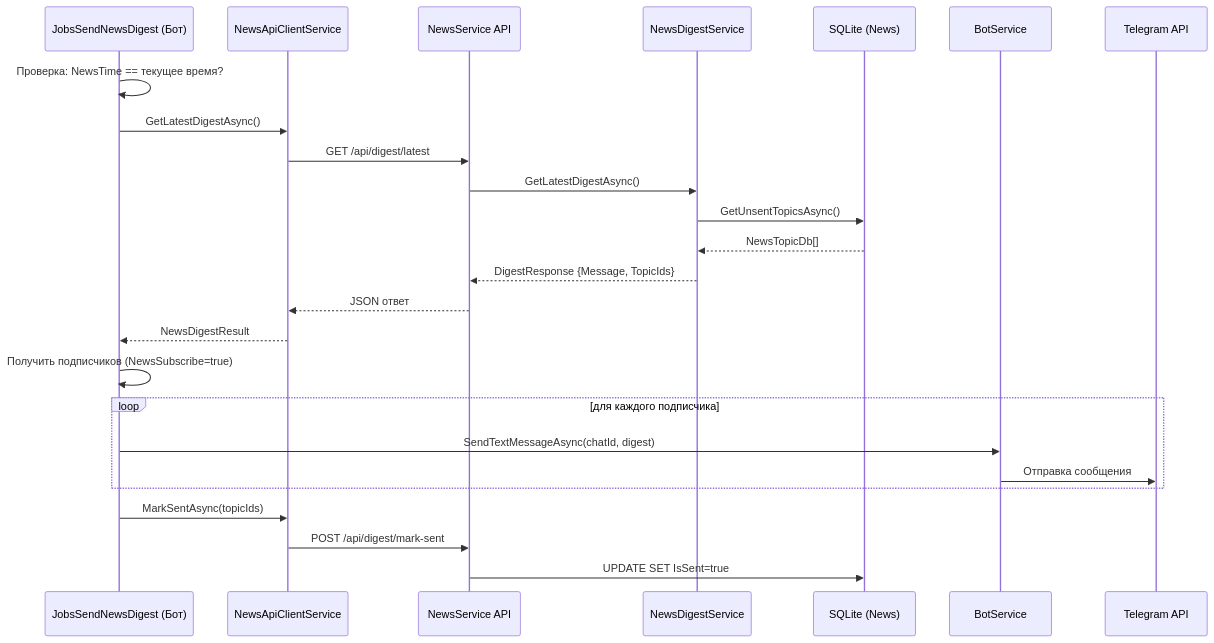
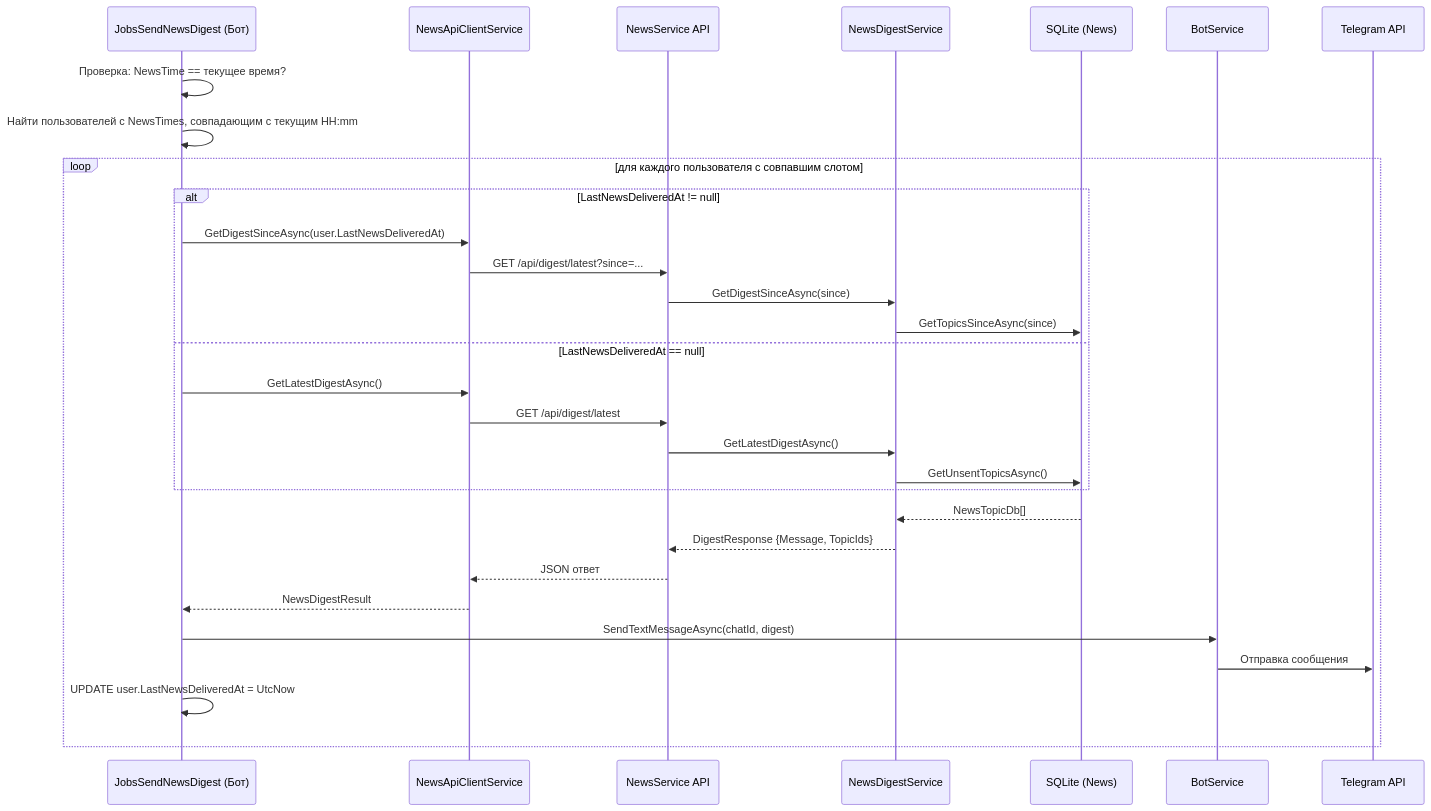
Before and after one commit to Jenausmax/ExchangeRates.Api: diagram 11 of 20 in doc/architecture.md, drawn with Mermaid. The commit also changed other lines of this file and 2 other files, not shown here.

Commit message:
Обновление документации: персонализированное расписание новостей
- architecture.md: UserDb +NewsTimes/LastNewsDeliveredAt, per-user sequence diagram, ADR-012
- CLAUDE.md: новые inline callbacks, since параметр API, описание персонализации
- README.md: описание /news с расписанием, обновлён API эндпоинт

````diff
--- a/doc/architecture.md
+++ b/doc/architecture.md
@@ -579,31 +579,35 @@
 ```mermaid
 sequenceDiagram
     participant Job as JobsSendNewsDigest (Бот)
     participant NAC as NewsApiClientService
     participant News as NewsService API
     participant NDS as NewsDigestService
     participant NDB as SQLite (News)
     participant Bot as BotService
     participant TG as Telegram API
 
     Job->>Job: Проверка: NewsTime == текущее время?
-    Job->>NAC: GetLatestDigestAsync()
-    NAC->>News: GET /api/digest/latest
-    News->>NDS: GetLatestDigestAsync()
-    NDS->>NDB: GetUnsentTopicsAsync()
-    NDB-->>NDS: NewsTopicDb[]
-    NDS-->>News: DigestResponse {Message, TopicIds}
-    News-->>NAC: JSON ответ
-    NAC-->>Job: NewsDigestResult
+    Job->>Job: Найти пользователей с NewsTimes, совпадающим с текущим HH:mm
 
-    Job->>Job: Получить подписчиков (NewsSubscribe=true)
+    loop для каждого пользователя с совпавшим слотом
+        alt LastNewsDeliveredAt != null
+            Job->>NAC: GetDigestSinceAsync(user.LastNewsDeliveredAt)
+            NAC->>News: GET /api/digest/latest?since=...
+            News->>NDS: GetDigestSinceAsync(since)
+            NDS->>NDB: GetTopicsSinceAsync(since)
+        else LastNewsDeliveredAt == null
+            Job->>NAC: GetLatestDigestAsync()
+            NAC->>News: GET /api/digest/latest
+            News->>NDS: GetLatestDigestAsync()
+            NDS->>NDB: GetUnsentTopicsAsync()
+        end
+        NDB-->>NDS: NewsTopicDb[]
+        NDS-->>News: DigestResponse {Message, TopicIds}
+        News-->>NAC: JSON ответ
+        NAC-->>Job: NewsDigestResult
 
-    loop для каждого подписчика
         Job->>Bot: SendTextMessageAsync(chatId, digest)
         Bot->>TG: Отправка сообщения
+        Job->>Job: UPDATE user.LastNewsDeliveredAt = UtcNow
     end
-
-    Job->>NAC: MarkSentAsync(topicIds)
-    NAC->>News: POST /api/digest/mark-sent
-    News->>NDB: UPDATE SET IsSent=true
 ```
````
